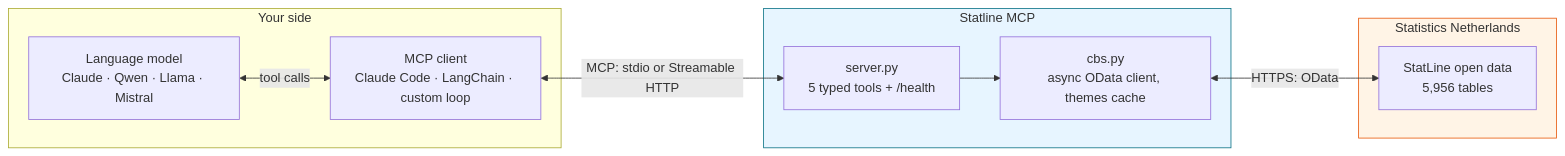
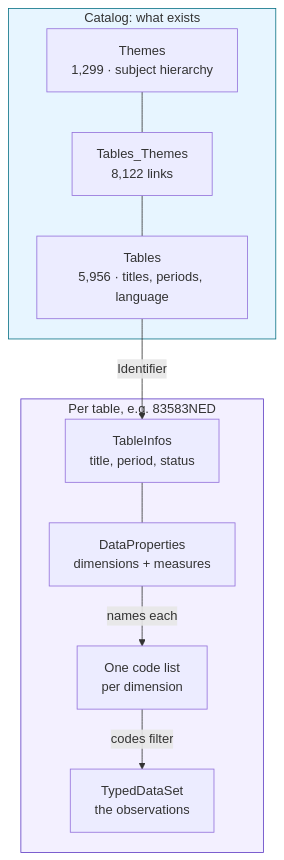
One commit to athithyai/Statline_MCP changed the diagram in README.md. Above: the diagram before and after it, drawn with Mermaid. The commit also changed other lines of this file, not shown here.

Commit message:
Restore the StatLine architecture diagram
Keeps StatLine architecture as the one diagram, under its original heading.
The system architecture it replaces is now a table of the two hops.

````diff
--- a/README.md
+++ b/README.md
@@ -63,24 +273,25 @@
 ```mermaid
-flowchart LR
-    subgraph client["Your side"]
-        A["Language model<br/>Claude · Qwen · Llama · Mistral"]
-        B["MCP client<br/>Claude Code · LangChain · custom loop"]
+flowchart TD
+    subgraph cat["Catalog: what exists"]
+        T["Tables<br/>5,956 · titles, periods, language"]
+        TH["Themes<br/>1,299 · subject hierarchy"]
+        TT["Tables_Themes<br/>8,122 links"]
     end
 
-    subgraph server["Statline MCP"]
-        C["server.py<br/>5 typed tools + /health"]
-        D["cbs.py<br/>async OData client, themes cache"]
+    subgraph tbl["Per table, e.g. 83583NED"]
+        TI["TableInfos<br/>title, period, status"]
+        DP["DataProperties<br/>dimensions + measures"]
+        CL["One code list<br/>per dimension"]
+        DS["TypedDataSet<br/>the observations"]
     end
 
-    subgraph upstream["Statistics Netherlands"]
-        E["StatLine open data<br/>5,956 tables"]
-    end
+    TH --- TT
+    TT --- T
+    T -->|"Identifier"| TI
+    TI --- DP
+    DP -->|"names each"| CL
+    CL -->|"codes filter"| DS
 
-    A <-->|"tool calls"| B
-    B <-->|"MCP: stdio or Streamable HTTP"| C
-    C --> D
-    D <-->|"HTTPS: OData"| E
-
-    style server fill:#e7f5ff,stroke:#0b7285
-    style upstream fill:#fff4e6,stroke:#e8590c
+    style cat fill:#e7f5ff,stroke:#0b7285
+    style tbl fill:#f3f0ff,stroke:#5f3dc4
 ```
````
